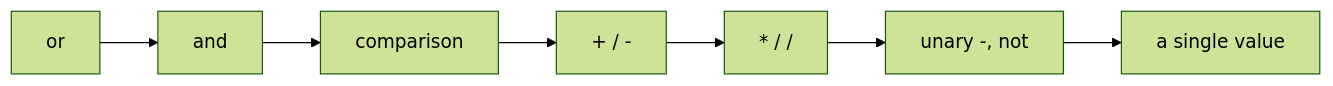
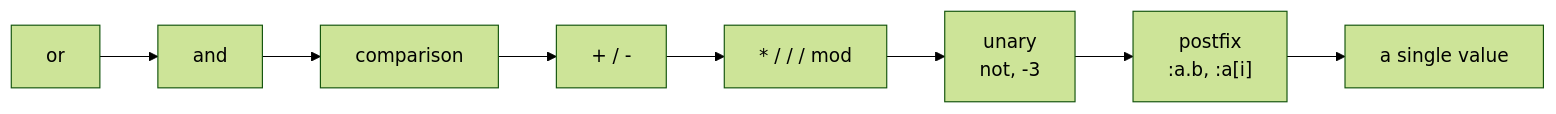
Before and after one commit to pmalarme/open-logo: the second of 2 diagrams in docs/learn-how-its-built/05-the-parser.md, drawn with Mermaid (forest theme). The commit also changed other lines of this file, not shown here.

First line of the commit message:
docs: fix parser page accuracy per review (postfix/mod precedence, set special-form, pre-scan)

````diff
--- a/docs/learn-how-its-built/05-the-parser.md
+++ b/docs/learn-how-its-built/05-the-parser.md
@@ -62,4 +68,4 @@
 ```mermaid
 flowchart LR
-  A["or"] --> B["and"] --> C["comparison"] --> D["+ / -"] --> E["* / /"] --> F["unary -, not"] --> G["a single value"]
+  A["or"] --> B["and"] --> C["comparison"] --> D["+ / -"] --> E["* / / / mod"] --> F["unary<br/>not, -3"] --> G["postfix<br/>:a.b, :a[i]"] --> H["a single value"]
 ```
````
